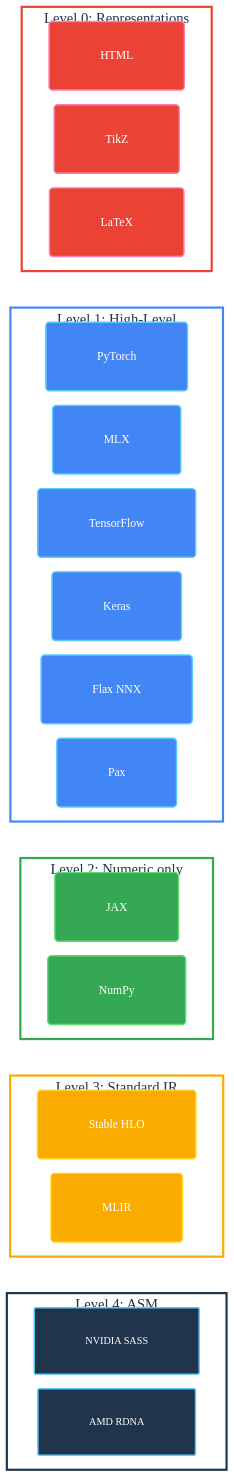
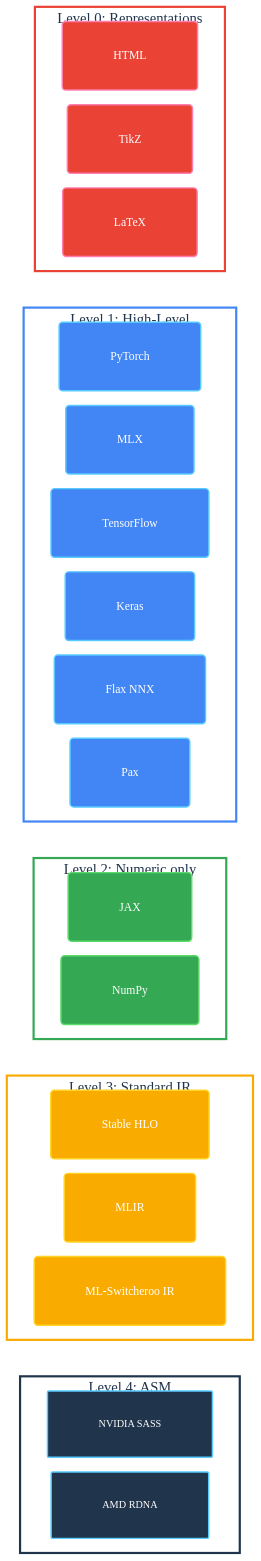
Before and after one commit to SamuelMarks/ml-switcheroo: the first of 2 diagrams in README.md, drawn with Mermaid (base theme). The commit also changed other lines of this file and 139 other files, not shown here.

```diff
--- a/README.md
+++ b/README.md
@@ -75,6 +75,7 @@
         direction LR
         StableHLO[Stable HLO]
         MLIR
+        IR[ML-Switcheroo IR]
     end
 
     subgraph LBottom [Level 4: ASM]
@@ -92,7 +93,7 @@
     class HTML,TikZ,LaTeX l0Node;
     class PyTorch,MLX,TensorFlow,Keras,FlaxNNX,Pax l1Node;
     class JAX,NumPy l2Node;
-    class StableHLO,MLIR l3Node;
+    class StableHLO,MLIR,IR l3Node;
     class SASS asmNode;
     class RDNA asmNode;
     class L0 containerL0;
```
